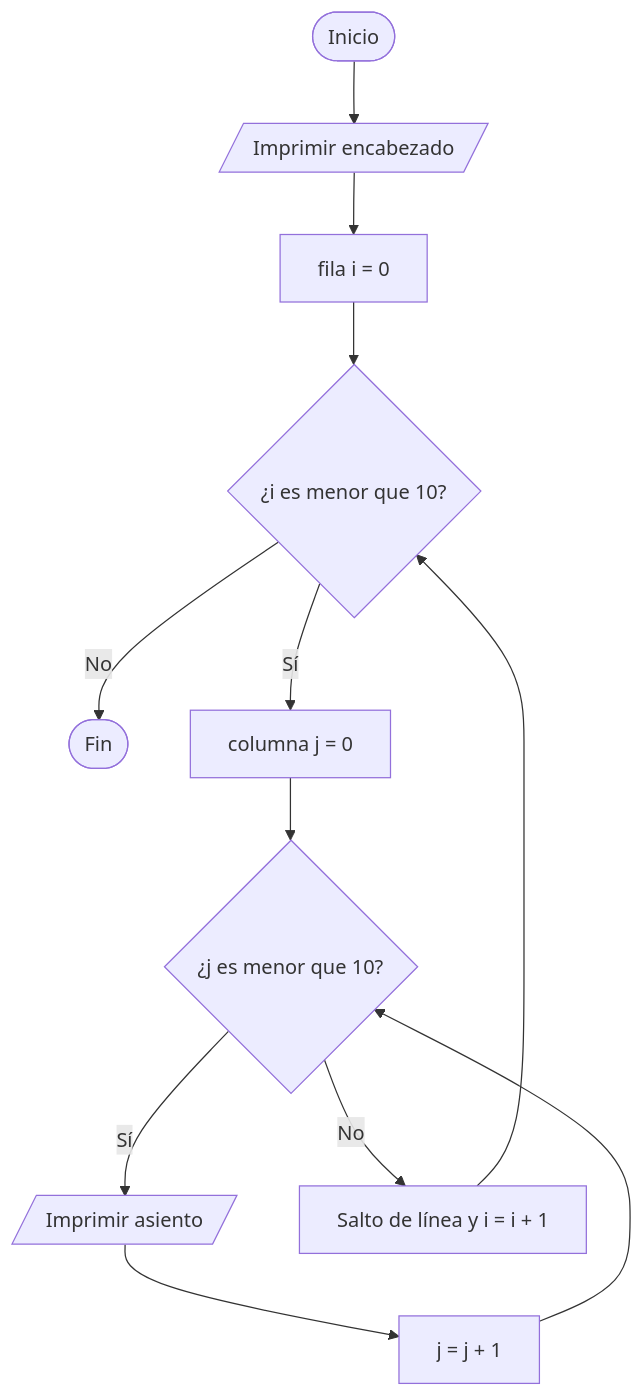
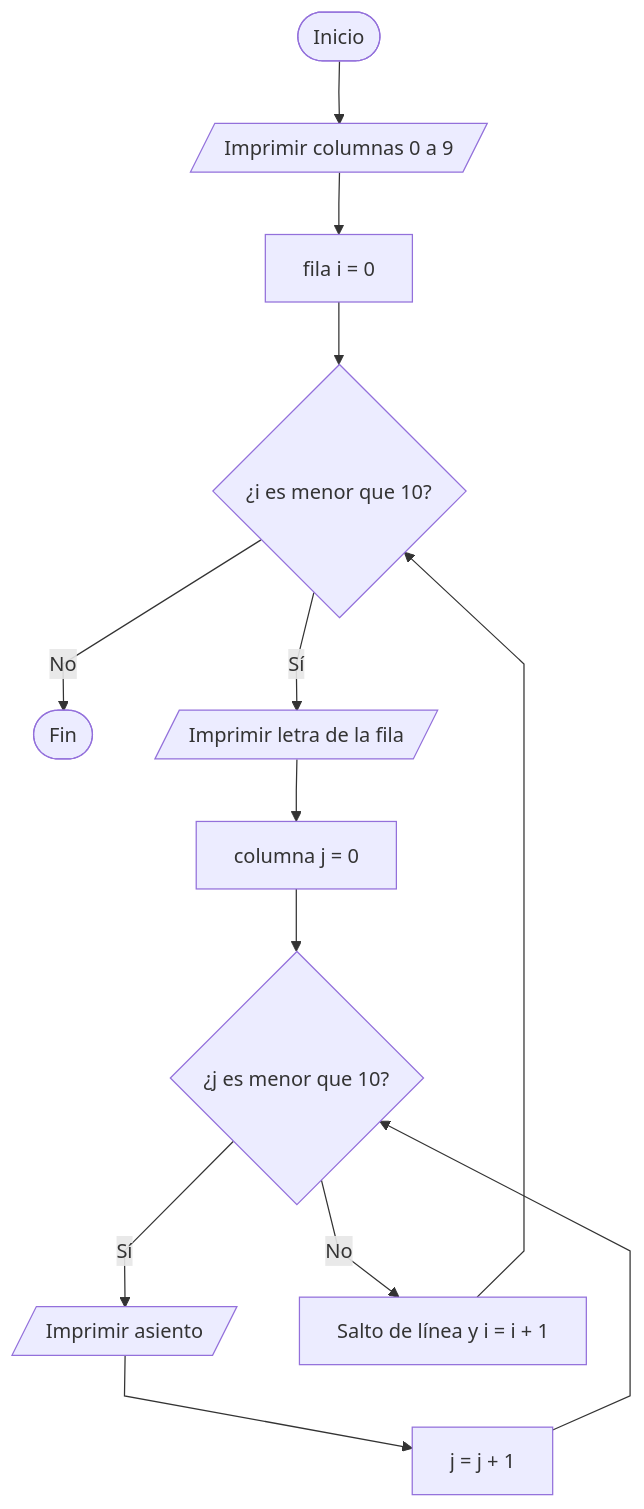
One commit to Roberto8322/Proyecto-Integrador-2-cine changed the second of 6 diagrams in Documentacion/Dia-2-Diagramas-de-flujo.md. Above: the diagram before and after it, drawn with Mermaid. The commit also changed other lines of this file and 1 other file, not shown here.

Commit message:
Día 2: se agregan los diagramas de flujo, el diseño modular y la interfaz con filas de A a J y columnas de 0 a 9

````diff
--- a/Documentacion/Dia-2-Diagramas-de-flujo.md
+++ b/Documentacion/Dia-2-Diagramas-de-flujo.md
@@ -23,14 +26,16 @@
 ```mermaid
+%%{init: {'flowchart': {'curve': 'linear'}}}%%
 flowchart TD
-    A([Inicio]) --> B[/Imprimir encabezado/]
+    A([Inicio]) --> B[/Imprimir columnas 0 a 9/]
     B --> C[fila i = 0]
     C --> D{"¿i es menor que 10?"}
     D -->|No| Z([Fin])
-    D -->|Sí| E[columna j = 0]
-    E --> F{"¿j es menor que 10?"}
-    F -->|Sí| G[/Imprimir asiento/]
-    G --> H[j = j + 1]
-    H --> F
-    F -->|No| I[Salto de línea y i = i + 1]
-    I --> D
+    D -->|Sí| E[/Imprimir letra de la fila/]
+    E --> F[columna j = 0]
+    F --> G{"¿j es menor que 10?"}
+    G -->|Sí| H[/Imprimir asiento/]
+    H --> I[j = j + 1]
+    I --> G
+    G -->|No| J[Salto de línea y i = i + 1]
+    J --> D
 ```
````
